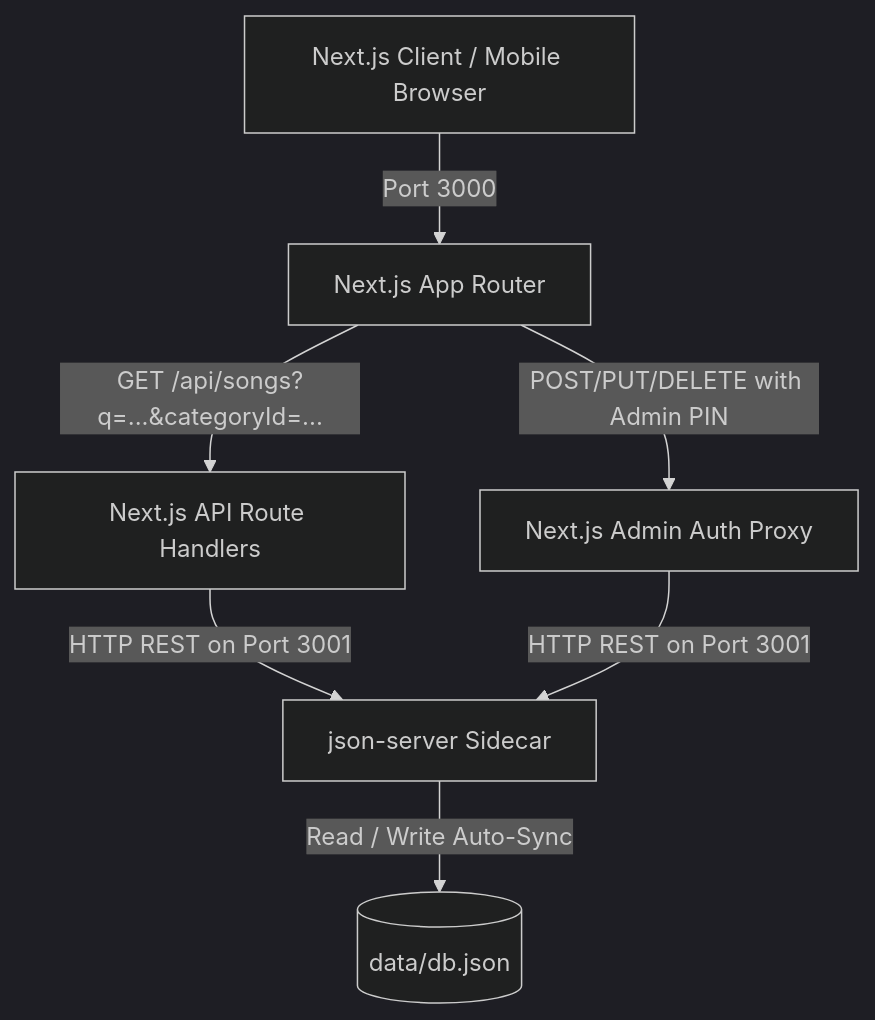
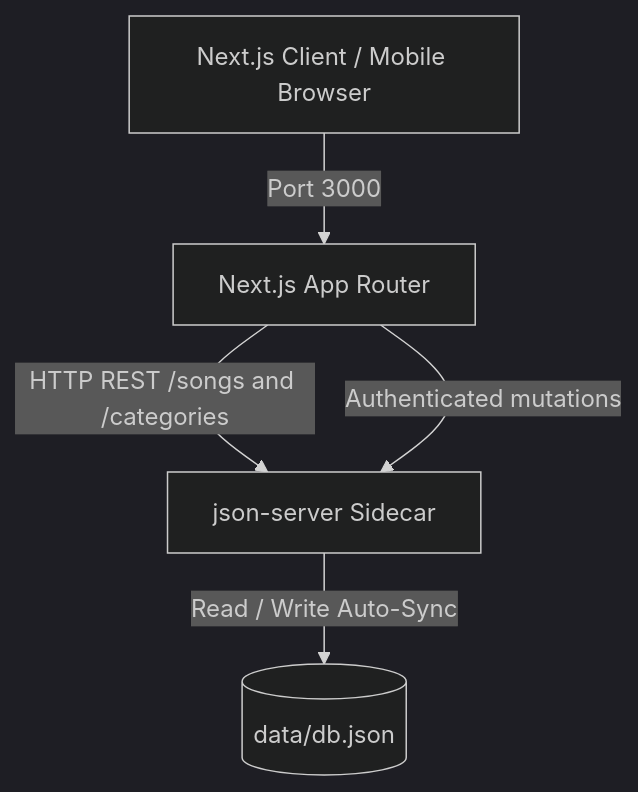
The diagram in docs/spec.md (sandrauddman/songbook), drawn with Mermaid (dark theme) before and after one commit. The commit also changed other lines of this file and 2 other files, not shown here.

````diff
--- a/docs/spec.md
+++ b/docs/spec.md
@@ -80,9 +80,7 @@
 ```mermaid
 graph TD
     Client[Next.js Client / Mobile Browser] -->|Port 3000| NextApp[Next.js App Router]
-    NextApp -->|GET /api/songs?q=...&categoryId=...| Proxy[Next.js API Route Handlers]
-    NextApp -->|POST/PUT/DELETE with Admin PIN| AuthProxy[Next.js Admin Auth Proxy]
-    Proxy -->|HTTP REST on Port 3001| JsonServer[json-server Sidecar]
-    AuthProxy -->|HTTP REST on Port 3001| JsonServer
+    NextApp -->|HTTP REST /songs and /categories| JsonServer[json-server Sidecar]
+    NextApp -->|Authenticated mutations| JsonServer
     JsonServer -->|Read / Write Auto-Sync| DbFile[(data/db.json)]
 ```
````
